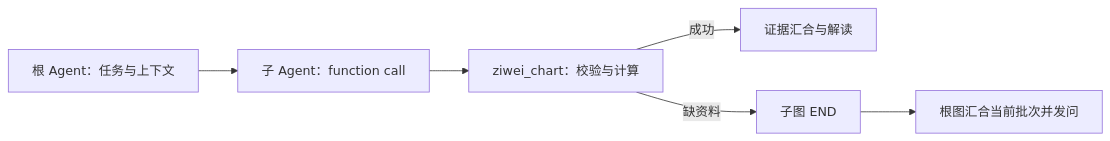
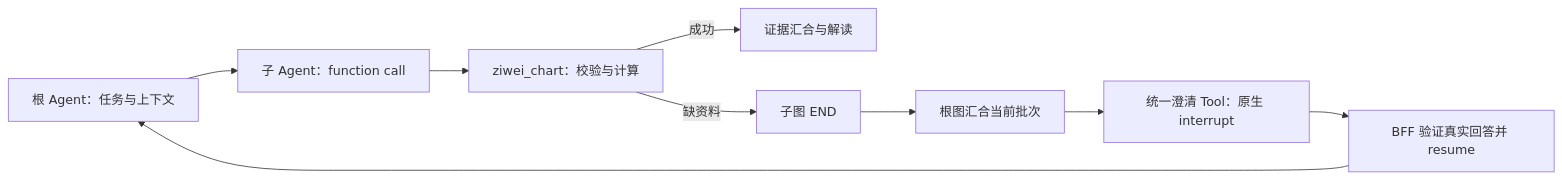
One commit to westbrook0904/FinanceClaw changed the diagram in docs/operations/ziwei-agent.md. Above: the diagram before and after it, drawn with Mermaid. The commit also changed other lines of this file and 18 other files, not shown here.

````diff
--- a/docs/operations/ziwei-agent.md
+++ b/docs/operations/ziwei-agent.md
@@ -77,8 +81,11 @@
 ```mermaid
 flowchart LR
     R[根 Agent：任务与上下文] --> W[子 Agent：function call]
     W --> T[ziwei_chart：校验与计算]
     T -->|成功| F[证据汇合与解读]
     T -->|缺资料| E[子图 END]
-    E --> Q[根图汇合当前批次并发问]
+    E --> Q[根图汇合当前批次]
+    Q --> I[统一澄清 Tool：原生 interrupt]
+    I --> A[BFF 验证真实回答并 resume]
+    A --> R
 ```
````
